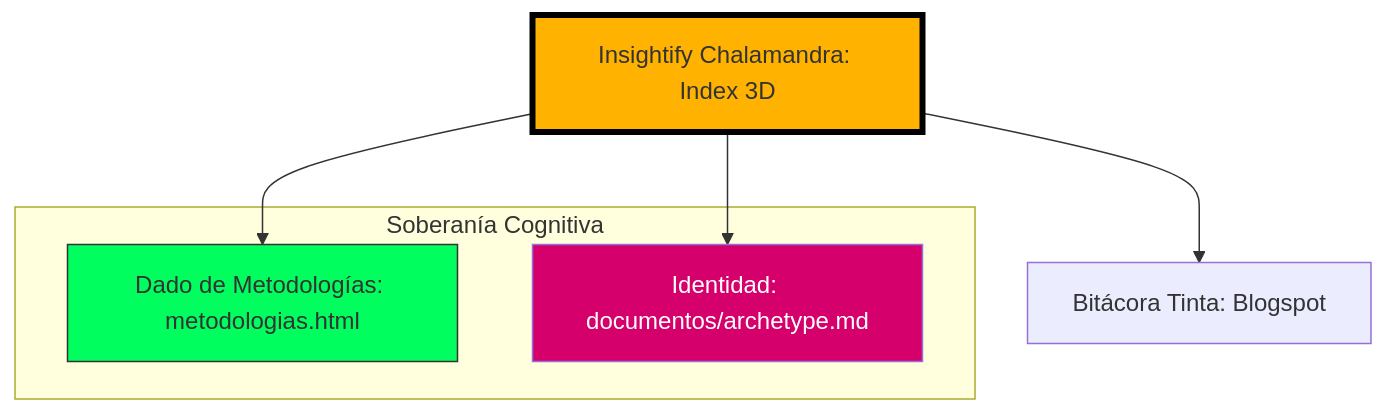
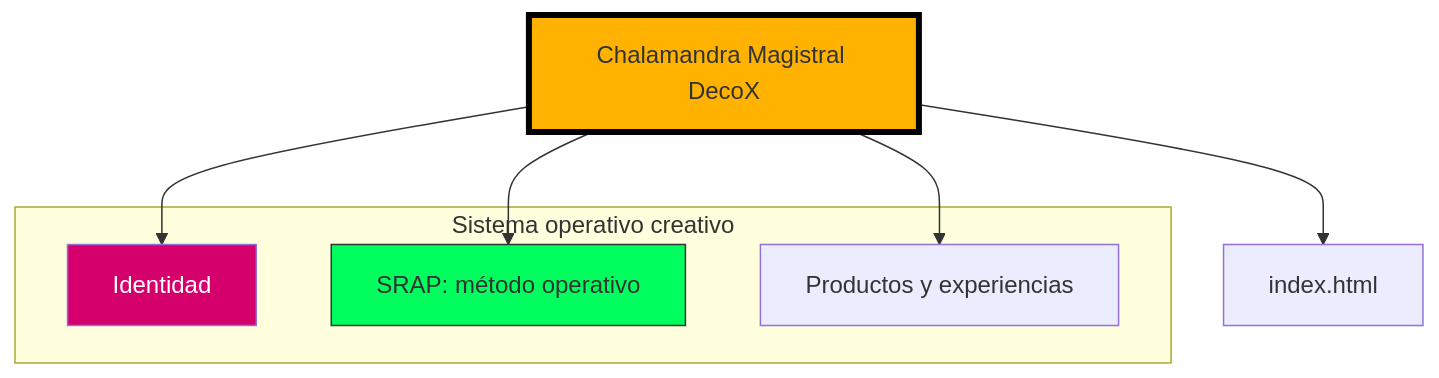
One commit to Chalamandra-Magistral-deco/CHALAMANDRA-MAGISTRAL changed the diagram in README.md. Above: the diagram before and after it, drawn with Mermaid. The commit also changed other lines of this file and 1 other file, not shown here.

Commit message:
update: sincronizar identidad DecoX

````diff
--- a/README.md
+++ b/README.md
@@ -13,15 +22,17 @@
 ```mermaid
 graph TD
-    Main[Insightify Chalamandra: Index 3D] --> Dice[Dado de Metodologías: metodologias.html]
-    Main --> Identity[Identidad: documentos/archetype.md]
-    Main --> Blog[Bitácora Tinta: Blogspot]
+    Main[Chalamandra Magistral DecoX] --> Identity[Identidad]
+    Main --> Method[SRAP: método operativo]
+    Main --> Products[Productos y experiencias]
+    Main --> Site[index.html]
 
-    subgraph "Soberanía Cognitiva"
+    subgraph "Sistema operativo creativo"
     Identity
-    Dice
+    Method
+    Products
     end
 
     style Main fill:#FFB300,stroke:#000,stroke-width:4px
     style Identity fill:#D5006C,color:#fff
-    style Dice fill:#00FF5E,stroke:#333
+    style Method fill:#00FF5E,stroke:#333
 ```
````
